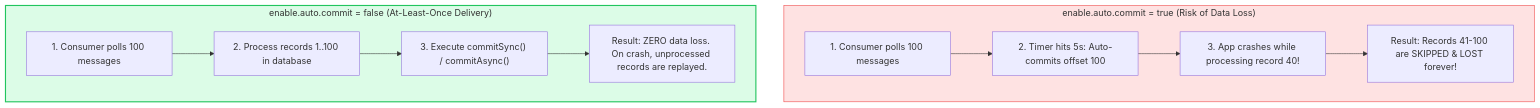
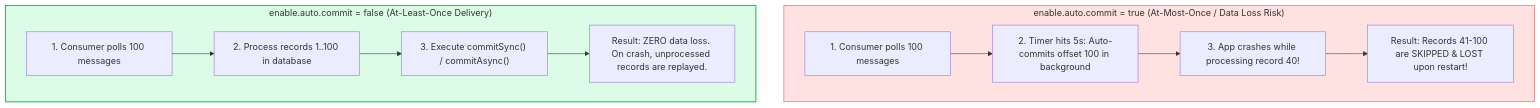
One commit to PandeyKishan/Study-Notes changed the third of 4 diagrams in 03-Apache-Kafka/03-Consumer-Groups-Rebalance-and-Offsets.md. Above: the diagram before and after it, drawn with Mermaid. The commit also changed other lines of this file and 38 other files, not shown here.

````diff
--- a/03-Apache-Kafka/03-Consumer-Groups-Rebalance-and-Offsets.md
+++ b/03-Apache-Kafka/03-Consumer-Groups-Rebalance-and-Offsets.md
@@ -65,17 +117,17 @@
 ```mermaid
 flowchart TD
-    subgraph Auto_Commit["enable.auto.commit = true (Risk of Data Loss)"]
-        AC1["1. Consumer polls 100 messages"] --> AC2["2. Timer hits 5s: Auto-commits offset 100"]
+    subgraph Auto_Commit["enable.auto.commit = true (At-Most-Once / Data Loss Risk)"]
+        AC1["1. Consumer polls 100 messages"] --> AC2["2. Timer hits 5s: Auto-commits offset 100 in background"]
         AC2 --> AC3["3. App crashes while processing record 40!"]
-        AC3 --> AC4["Result: Records 41-100 are SKIPPED & LOST forever!"]
+        AC3 --> AC4["Result: Records 41-100 are SKIPPED & LOST upon restart!"]
     end
 
     subgraph Manual_Commit["enable.auto.commit = false (At-Least-Once Delivery)"]
         MC1["1. Consumer polls 100 messages"] --> MC2["2. Process records 1..100 in database"]
         MC2 --> MC3["3. Execute commitSync() / commitAsync()"]
         MC3 --> MC4["Result: ZERO data loss. On crash, unprocessed records are replayed."]
     end
 
     style Auto_Commit fill:#fee2e2,stroke:#ef4444,stroke-width:1px
     style Manual_Commit fill:#dcfce7,stroke:#22c55e,stroke-width:2px
 ```
````
